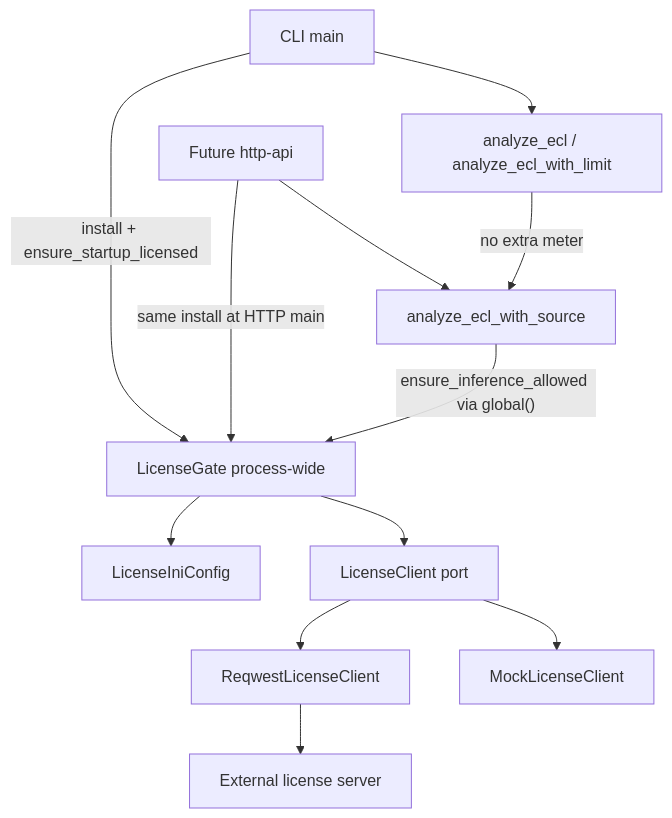
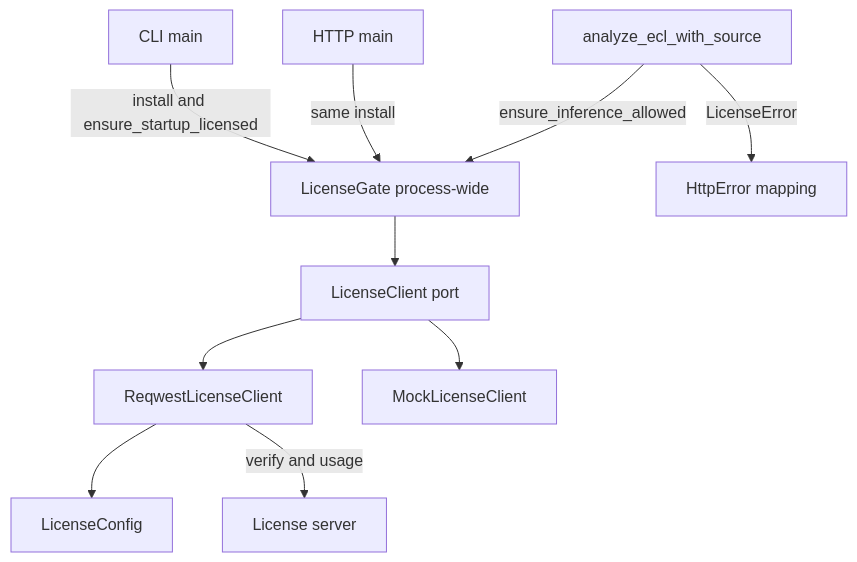
Before and after one commit to Universal-Micro-Networks/holter-analysis-assist: the first of 3 diagrams in .kiro/specs/license-client/design.md, drawn with Mermaid. The commit also changed other lines of this file and 4 other files, not shown here.

Commit message:
docs(license-client): revise spec for finalized license server contract

````diff
--- a/.kiro/specs/license-client/design.md
+++ b/.kiro/specs/license-client/design.md
@@ -73,25 +82,23 @@
 ```mermaid
 graph TB
     CLI[CLI main]
-    FutureAPI[Future http-api]
+    HttpMain[HTTP main]
     Gate[LicenseGate process-wide]
-    Config[LicenseIniConfig]
+    Config[LicenseConfig]
     Port[LicenseClient port]
     Http[ReqwestLicenseClient]
     Mock[MockLicenseClient]
     Canonical[analyze_ecl_with_source]
-    Wrappers[analyze_ecl / analyze_ecl_with_limit]
-    Server[External license server]
+    HttpErr[HttpError mapping]
+    Server[License server]
 
-    CLI -->|"install + ensure_startup_licensed"| Gate
-    FutureAPI -->|"same install at HTTP main"| Gate
-    Gate --> Config
+    CLI -->|install and ensure_startup_licensed| Gate
+    HttpMain -->|same install| Gate
     Gate --> Port
     Port --> Http
     Port --> Mock
-    Http --> Server
-    CLI --> Wrappers
-    FutureAPI --> Canonical
-    Wrappers -->|"no extra meter"| Canonical
-    Canonical -->|"ensure_inference_allowed via global()"| Gate
+    Http --> Config
+    Http -->|verify and usage| Server
+    Canonical -->|ensure_inference_allowed| Gate
+    Canonical -->|LicenseError| HttpErr
 ```
````
